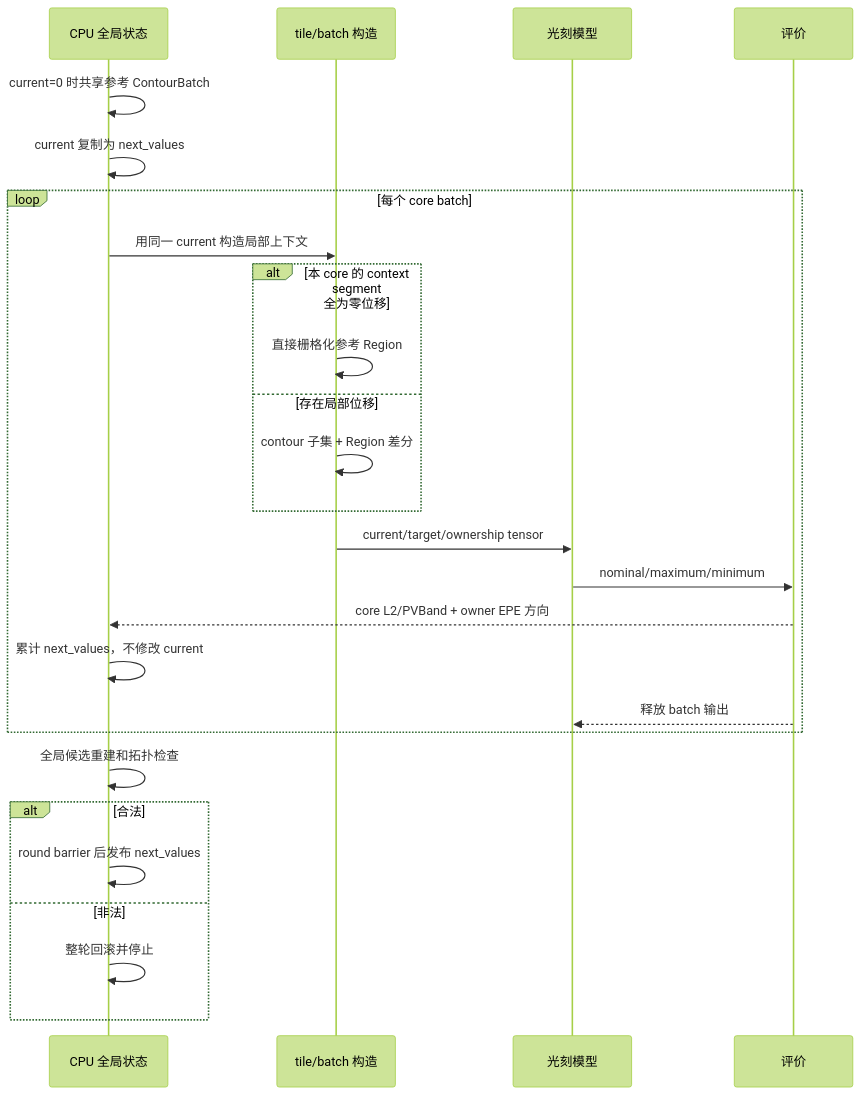
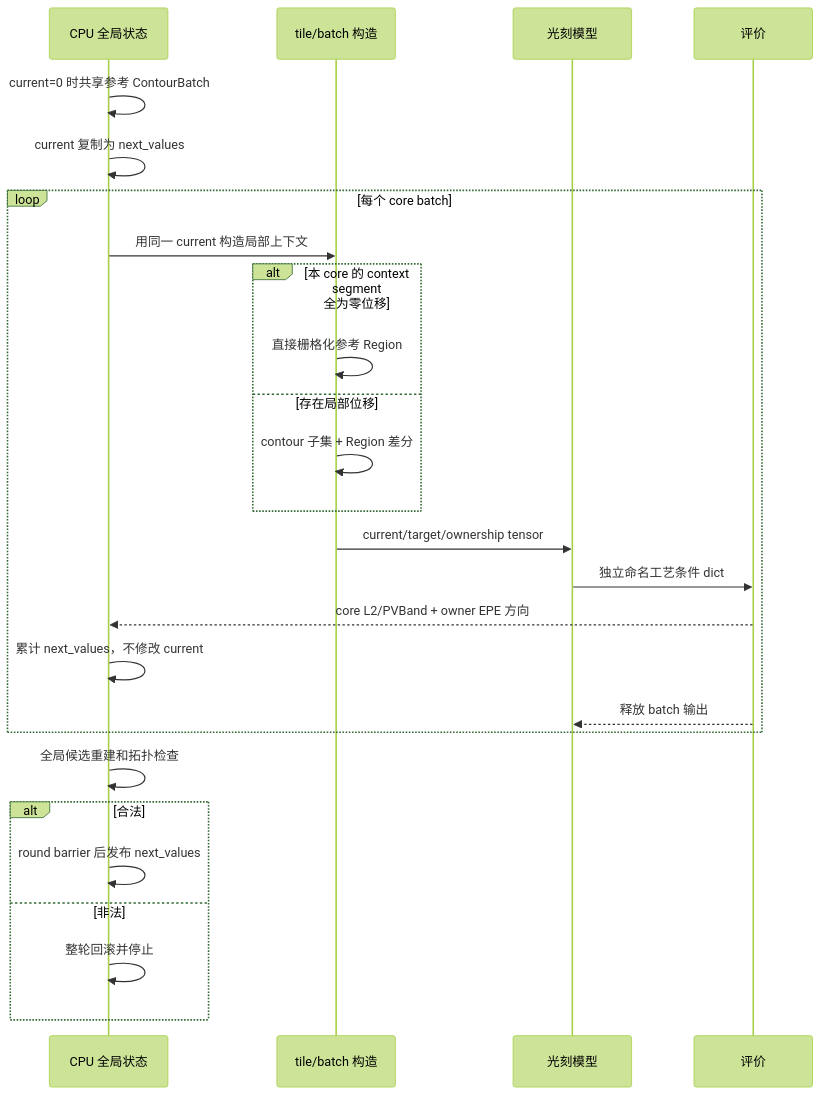
The fifth of 10 diagrams in doc/function_call_architecture.md (Eve429/MyOPC), drawn with Mermaid (forest theme) before and after one commit. The commit also changed other lines of this file and 10 other files, not shown here.

````diff
--- a/doc/function_call_architecture.md
+++ b/doc/function_call_architecture.md
@@ -102,28 +105,28 @@
 ```mermaid
 sequenceDiagram
     participant CPU as CPU 全局状态
     participant Tile as tile/batch 构造
     participant GPU as 光刻模型
     participant Eval as 评价
     CPU->>CPU: current=0 时共享参考 ContourBatch
     CPU->>CPU: current 复制为 next_values
     loop 每个 core batch
         CPU->>Tile: 用同一 current 构造局部上下文
         alt 本 core 的 context segment 全为零位移
             Tile->>Tile: 直接栅格化参考 Region
         else 存在局部位移
             Tile->>Tile: contour 子集 + Region 差分
         end
         Tile->>GPU: current/target/ownership tensor
-        GPU->>Eval: nominal/maximum/minimum
+        GPU->>Eval: 独立命名工艺条件 dict
         Eval-->>CPU: core L2/PVBand + owner EPE 方向
         CPU->>CPU: 累计 next_values，不修改 current
         Eval-->>GPU: 释放 batch 输出
     end
     CPU->>CPU: 全局候选重建和拓扑检查
     alt 合法
         CPU->>CPU: round barrier 后发布 next_values
     else 非法
         CPU->>CPU: 整轮回滚并停止
     end
 ```
````
